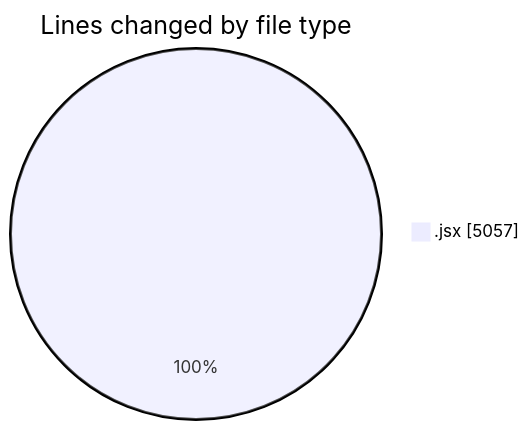
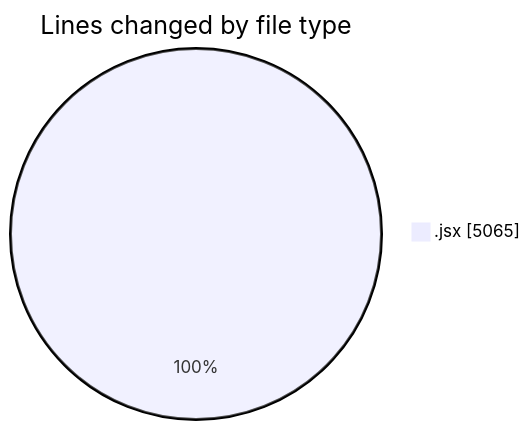
One commit to nxtqubesakshisongat/code-tracking changed the first of 2 diagrams in 2025-05-13/argos-dev/README.md. Above: the diagram before and after it, drawn with Mermaid. The commit also changed other lines of this file and 1 other file, not shown here.

````diff
--- a/2025-05-13/argos-dev/README.md
+++ b/2025-05-13/argos-dev/README.md
@@ -26,5 +26,5 @@
 ```mermaid
 pie showData
 title Lines changed by file type
-".jsx" : 5057
+".jsx" : 5065
 ```
````
